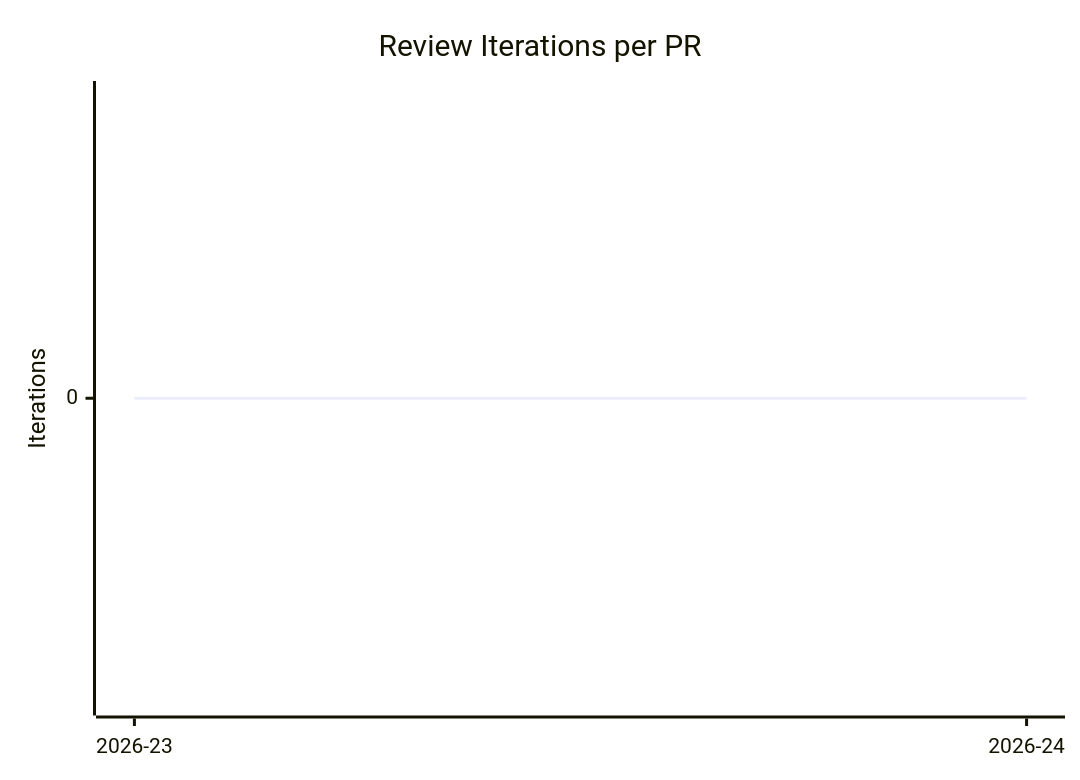
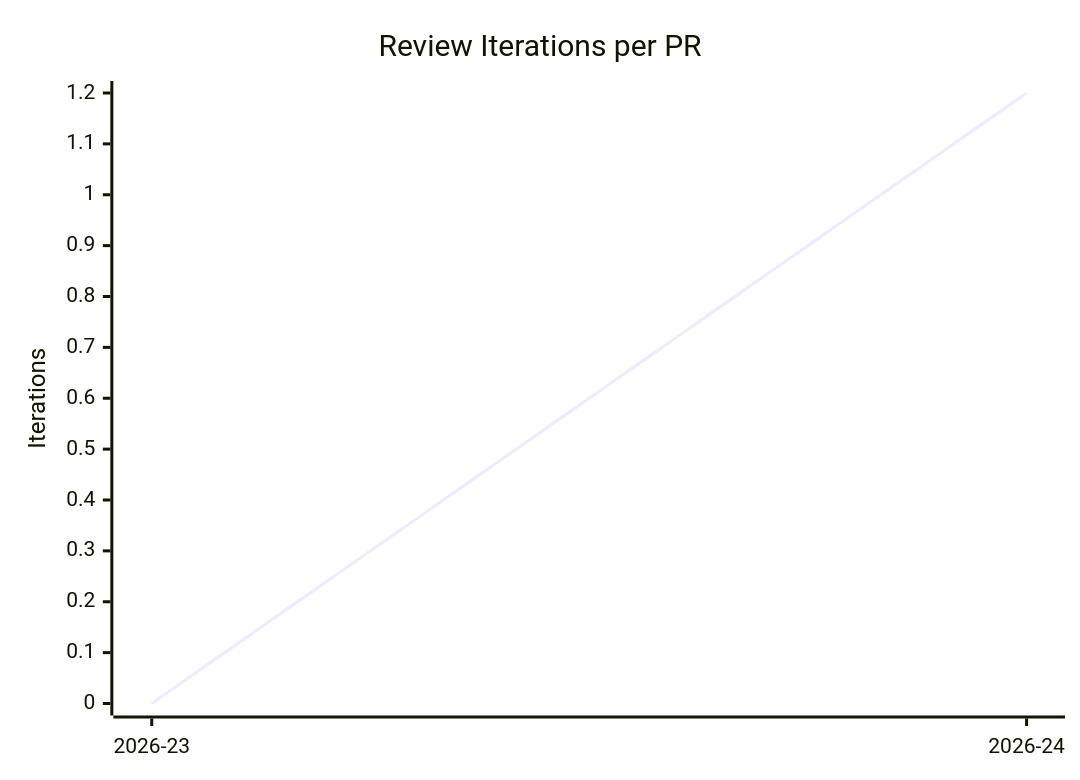
One commit to cloudbeagle/mispel-deadline-tracker changed the third of 7 diagrams in product-planning/reports/progress-2026-24.md. Above: the diagram before and after it, drawn with Mermaid. The commit also changed other lines of this file, not shown here.

````diff
--- a/product-planning/reports/progress-2026-24.md
+++ b/product-planning/reports/progress-2026-24.md
@@ -43,7 +43,7 @@
 ```mermaid
 xychart-beta
     title "Review Iterations per PR"
     x-axis ["2026-23", "2026-24"]
     y-axis "Iterations"
-    line [0, 0]
+    line [0, 1.2]
 ```
````
